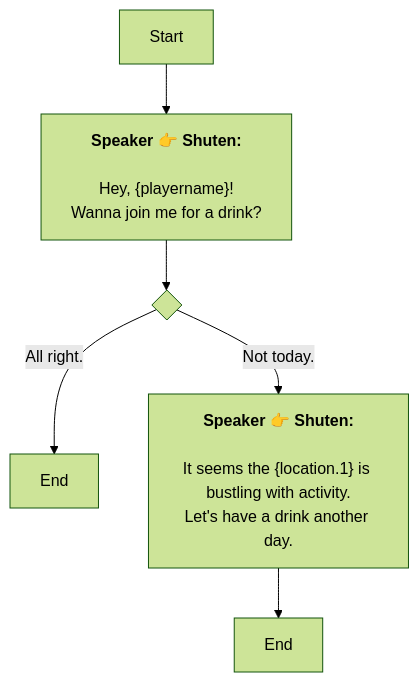
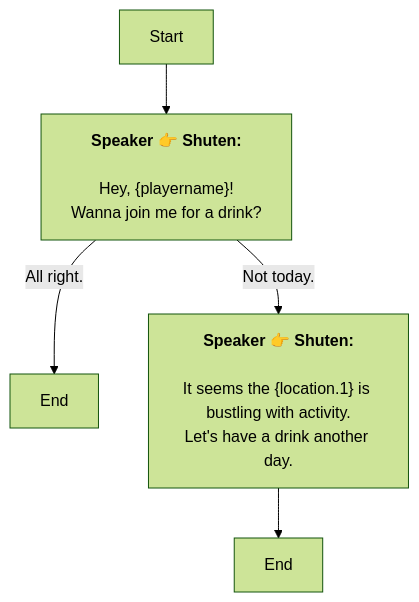
Before and after one commit to SoftHu/tos_avg: the diagram in En/QuestStartTalkENode_1754569494313621.md, drawn with Mermaid (forest theme). The commit also changed 737 other files, not shown here.

````diff
--- a/En/QuestStartTalkENode_1754569494313621.md
+++ b/En/QuestStartTalkENode_1754569494313621.md
@@ -1,15 +1,12 @@
 ```mermaid
 graph
 Start -->1754569657361049[<b>Speaker 👉 Shuten:</b>
-
-Hey, &lbrace;playername&rbrace;!
+\nHey, &lbrace;playername&rbrace;!
 Wanna join me for a drink?]
-1754569657361049 -->1754569685457562{ }
-1754569685457562 -->|All right.|1754569704283809[End]
-1754569685457562 -->|Not today.|1754569700041376[<b>Speaker 👉 Shuten:</b>
-
-It seems the &lbrace;location.1&rbrace; is bustling with activity.
+1754569657361049 -->|All right.|1754569704283809[End]
+1754569657361049 -->|Not today.|1754569700041376[<b>Speaker 👉 Shuten:</b>
+\nIt seems the &lbrace;location.1&rbrace; is bustling with activity.
 Let's have a drink another day.]
 1754569700041376 -->1754569717223074[End]
 
- ```
+```
````
